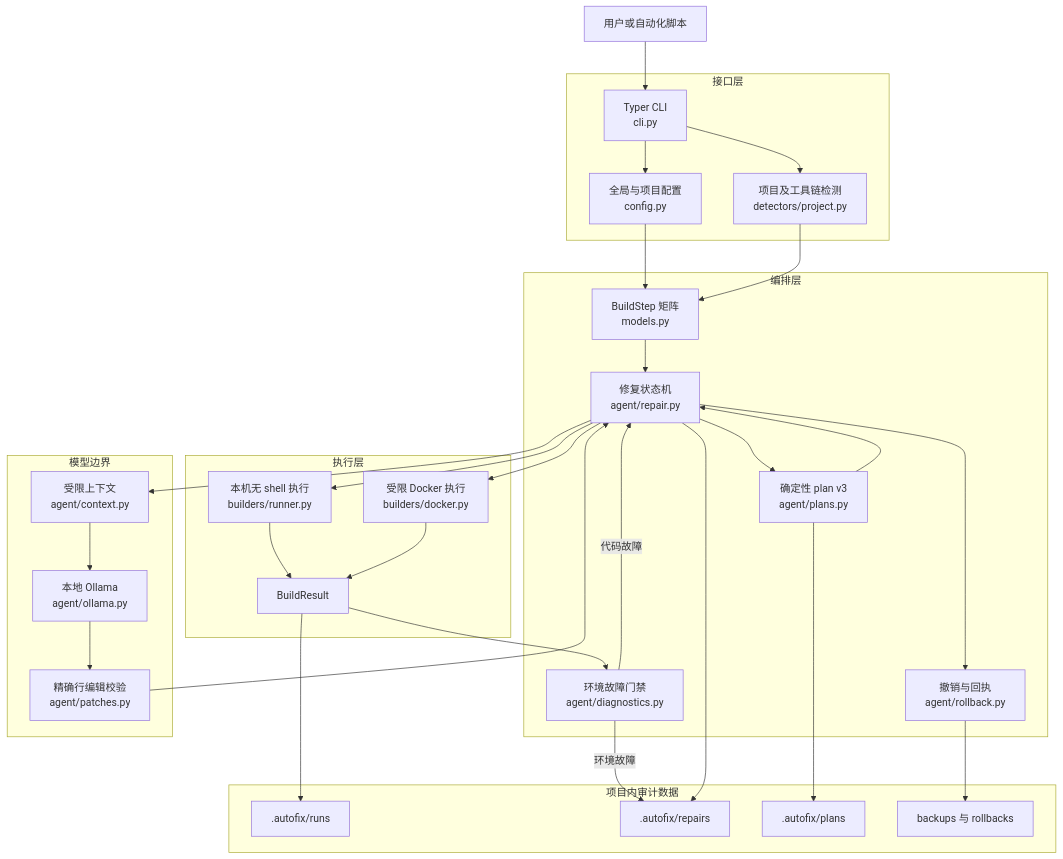
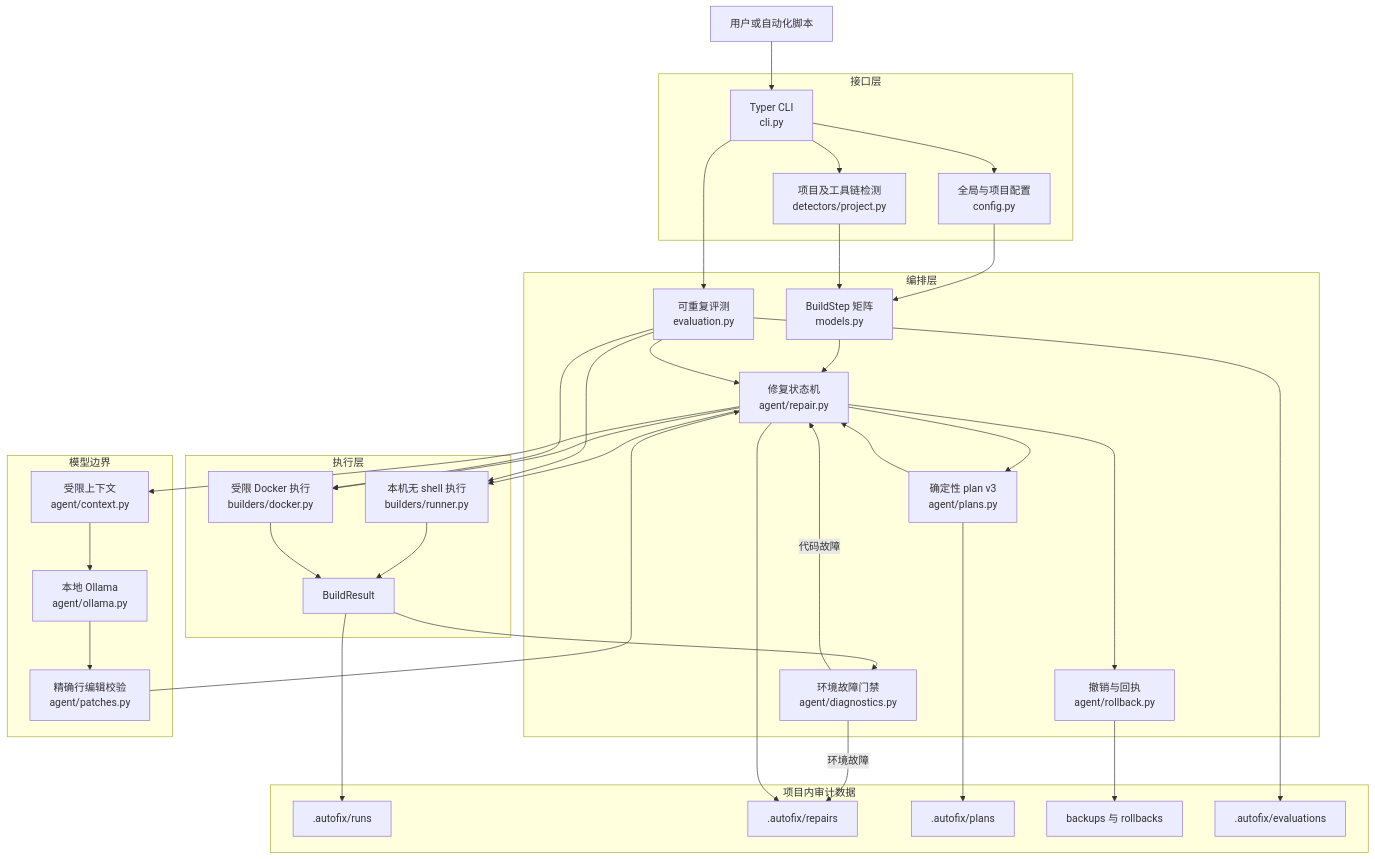
Before and after one commit to zhanghl-learner/docker-ollama-autofix: the first of 7 diagrams in docs/ARCHITECTURE_ZH.md, drawn with Mermaid. The commit also changed other lines of this file and 36 other files, not shown here.

````diff
--- a/docs/ARCHITECTURE_ZH.md
+++ b/docs/ARCHITECTURE_ZH.md
@@ -29,62 +29,69 @@
 ```mermaid
 flowchart TB
     USER[用户或自动化脚本]
 
     subgraph Interface[接口层]
         CLI[Typer CLI<br/>cli.py]
         CONFIG[全局与项目配置<br/>config.py]
         DETECT[项目及工具链检测<br/>detectors/project.py]
     end
 
     subgraph Orchestration[编排层]
         STEPS[BuildStep 矩阵<br/>models.py]
         REPAIR[修复状态机<br/>agent/repair.py]
         DIAG[环境故障门禁<br/>agent/diagnostics.py]
         PLAN[确定性 plan v3<br/>agent/plans.py]
         ROLLBACK[撤销与回执<br/>agent/rollback.py]
+        EVALUATION[可重复评测<br/>evaluation.py]
     end
 
     subgraph Intelligence[模型边界]
         CONTEXT[受限上下文<br/>agent/context.py]
         OLLAMA[本地 Ollama<br/>agent/ollama.py]
         PATCH[精确行编辑校验<br/>agent/patches.py]
     end
 
     subgraph Execution[执行层]
         LOCAL[本机无 shell 执行<br/>builders/runner.py]
         DOCKER[受限 Docker 执行<br/>builders/docker.py]
         RESULT[BuildResult]
     end
 
     subgraph Artifacts[项目内审计数据]
         RUNS[.autofix/runs]
         REPAIRS[.autofix/repairs]
         PLANS[.autofix/plans]
         BACKUPS[backups 与 rollbacks]
+        EVALUATIONS[.autofix/evaluations]
     end
 
     USER --> CLI
     CLI --> CONFIG
     CLI --> DETECT
     CONFIG --> STEPS
     DETECT --> STEPS
     STEPS --> REPAIR
     REPAIR --> CONTEXT
     CONTEXT --> OLLAMA
     OLLAMA --> PATCH
     PATCH --> REPAIR
     REPAIR --> LOCAL
     REPAIR --> DOCKER
     LOCAL --> RESULT
     DOCKER --> RESULT
     RESULT --> DIAG
     DIAG -->|代码故障| REPAIR
     DIAG -->|环境故障| REPAIRS
     RESULT --> RUNS
     REPAIR --> REPAIRS
     REPAIR --> PLAN
     PLAN --> PLANS
     PLAN --> REPAIR
     REPAIR --> ROLLBACK
     ROLLBACK --> BACKUPS
+    CLI --> EVALUATION
+    EVALUATION --> LOCAL
+    EVALUATION --> DOCKER
+    EVALUATION --> REPAIR
+    EVALUATION --> EVALUATIONS
 ```
````
